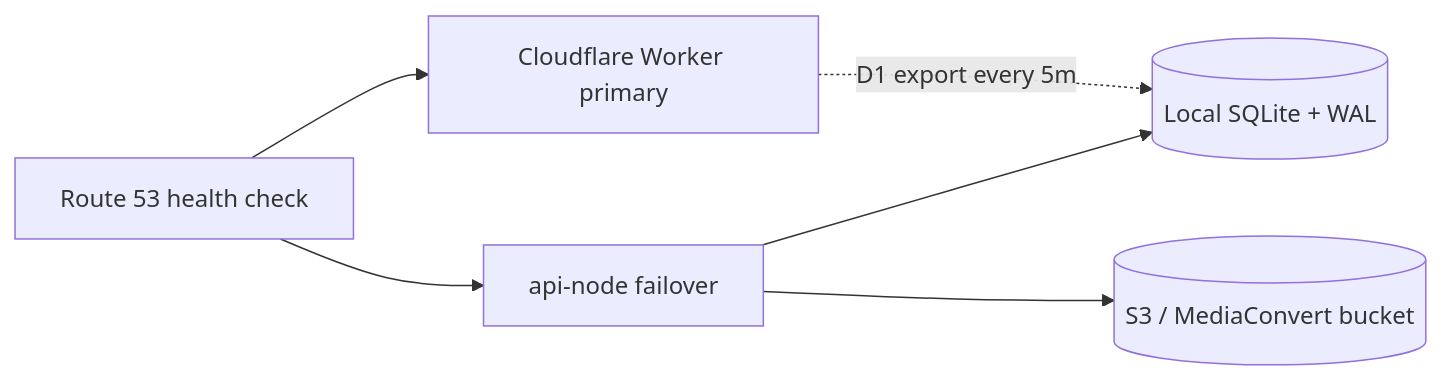
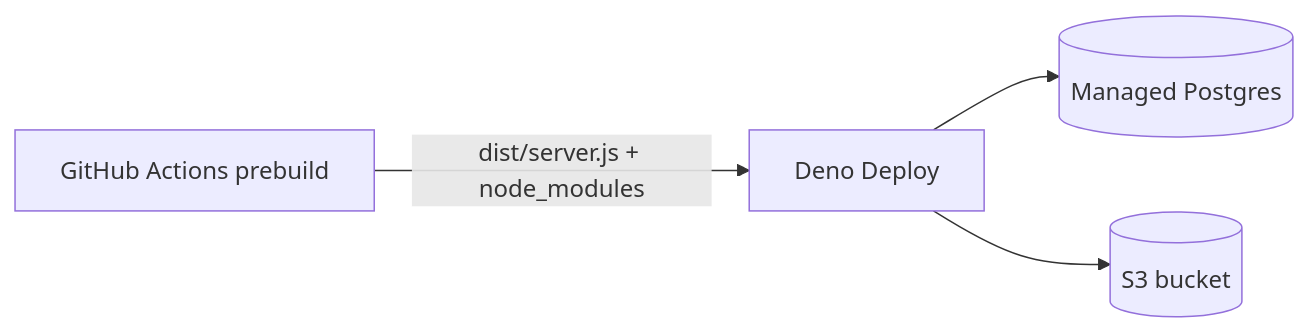
The diagram in packages/api-node/README.md (tojemoc/vmp), drawn with Mermaid before and after one commit. The commit also changed other lines of this file and 22 other files, not shown here.

First line of the commit message:
feat(api-node): Postgres on Deno Deploy (drop better-sqlite3) (#258)

````diff
--- a/packages/api-node/README.md
+++ b/packages/api-node/README.md
@@ -9,13 +15,10 @@
 ```mermaid
 flowchart LR
-  R53[Route 53 health check]
-  CF[Cloudflare Worker primary]
-  FO[api-node failover]
-  D1[(Local SQLite + WAL)]
-  S3[(S3 / MediaConvert bucket)]
-  R53 --> CF
-  R53 --> FO
-  FO --> D1
-  FO --> S3
-  CF -. D1 export every 5m .-> D1
+  GHA[GitHub Actions prebuild]
+  DD[Deno Deploy]
+  PG[(Managed Postgres)]
+  S3[(S3 bucket)]
+  GHA -->|dist/server.js + node_modules| DD
+  DD --> PG
+  DD --> S3
 ```
````
